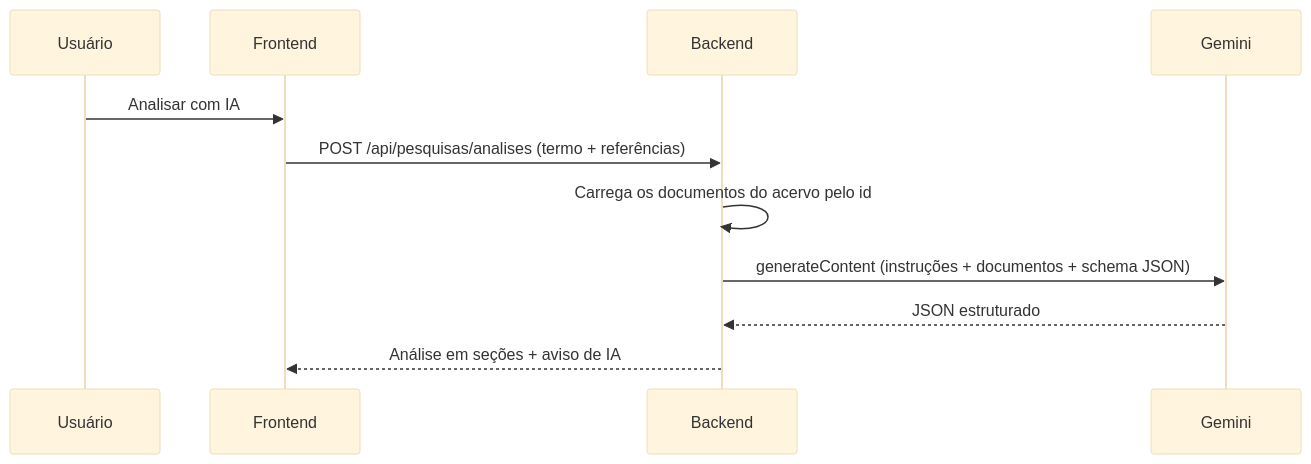
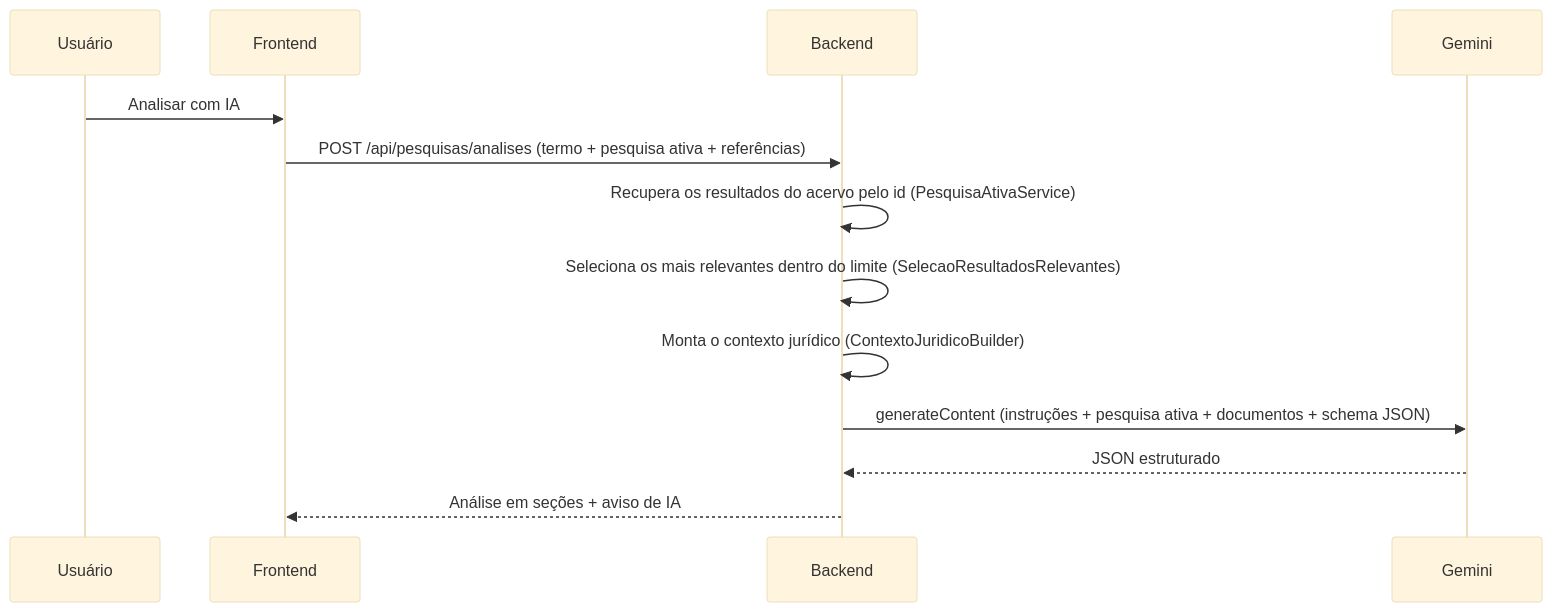
Before and after one commit to Forge-Fatec/wikilaw: the diagram in docs/ANALISE_IA.md, drawn with Mermaid (base theme). The commit also changed other lines of this file, not shown here.

````diff
--- a/docs/ANALISE_IA.md
+++ b/docs/ANALISE_IA.md
@@ -24,13 +24,15 @@
 ```mermaid
 sequenceDiagram
     participant U as Usuário
     participant F as Frontend
     participant B as Backend
     participant G as Gemini
     U->>F: Analisar com IA
-    F->>B: POST /api/pesquisas/analises (termo + referências)
-    B->>B: Carrega os documentos do acervo pelo id
-    B->>G: generateContent (instruções + documentos + schema JSON)
+    F->>B: POST /api/pesquisas/analises (termo + pesquisa ativa + referências)
+    B->>B: Recupera os resultados do acervo pelo id (PesquisaAtivaService)
+    B->>B: Seleciona os mais relevantes dentro do limite (SelecaoResultadosRelevantes)
+    B->>B: Monta o contexto jurídico (ContextoJuridicoBuilder)
+    B->>G: generateContent (instruções + pesquisa ativa + documentos + schema JSON)
     G-->>B: JSON estruturado
     B-->>F: Análise em seções + aviso de IA
 ```
````
